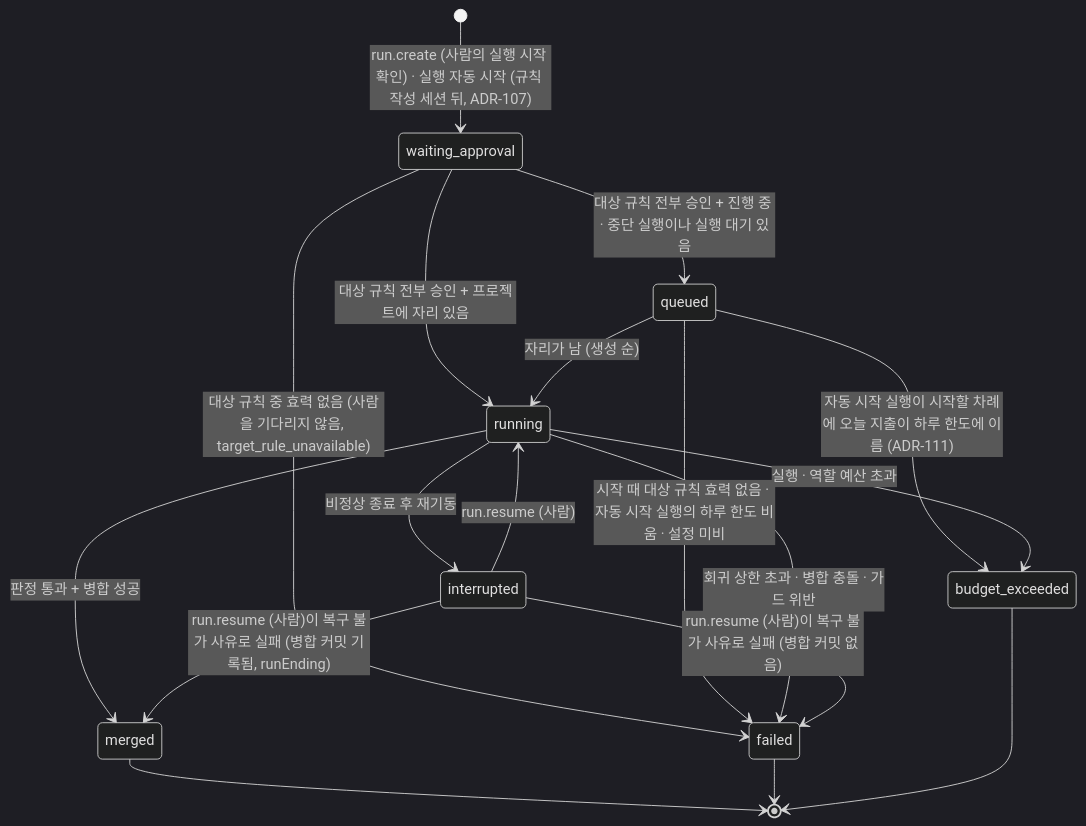
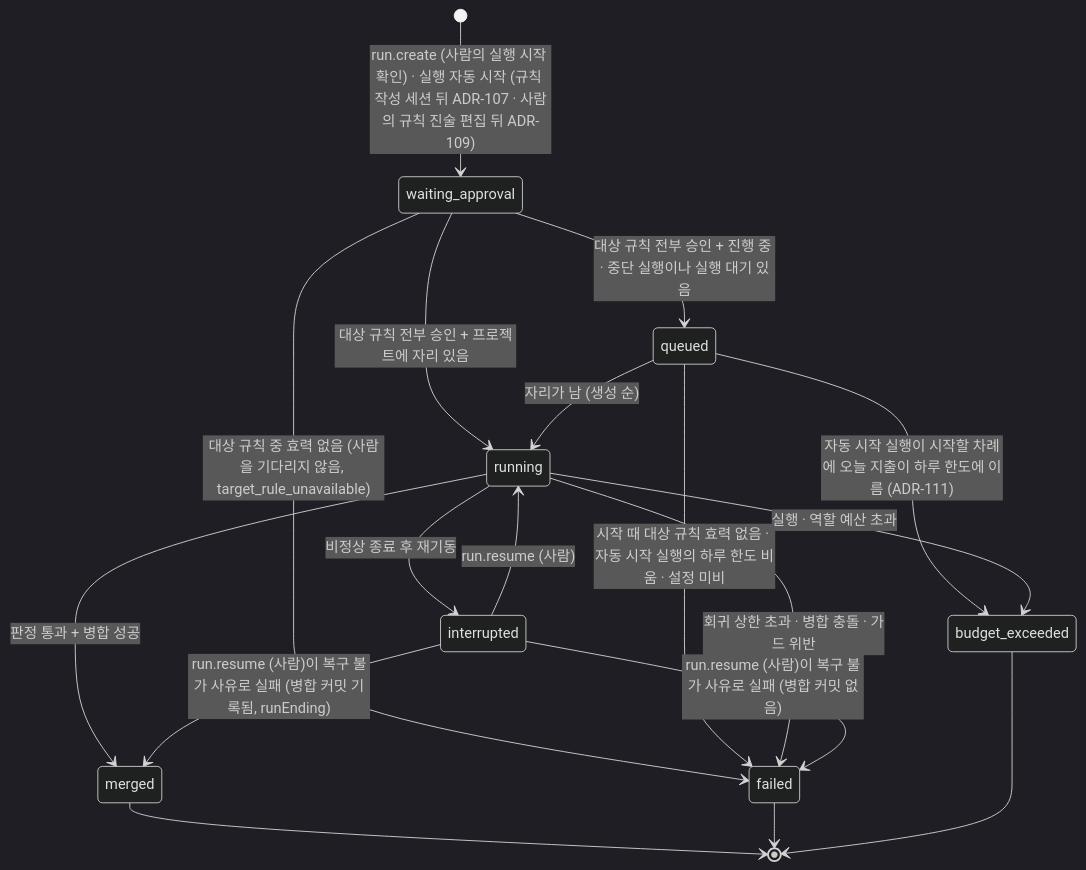
One commit to chanrhan/bive changed the second of 2 diagrams in docs/architecture.md. Above: the diagram before and after it, drawn with Mermaid (dark theme). The commit also changed other lines of this file and 30 other files, not shown here.

````diff
--- a/docs/architecture.md
+++ b/docs/architecture.md
@@ -182,20 +183,20 @@
 ```mermaid
 stateDiagram-v2
-  [*] --> waiting_approval: run.create (사람의 실행 시작 확인) · 실행 자동 시작 (규칙 작성 세션 뒤, ADR-107)
+  [*] --> waiting_approval: run.create (사람의 실행 시작 확인) · 실행 자동 시작 (규칙 작성 세션 뒤 ADR-107 · 사람의 규칙 진술 편집 뒤 ADR-109)
   waiting_approval --> running: 대상 규칙 전부 승인 + 프로젝트에 자리 있음
   waiting_approval --> queued: 대상 규칙 전부 승인 + 진행 중 · 중단 실행이나 실행 대기 있음
   waiting_approval --> failed: 대상 규칙 중 효력 없음 (사람을 기다리지 않음, target_rule_unavailable)
   queued --> running: 자리가 남 (생성 순)
   queued --> failed: 시작 때 대상 규칙 효력 없음 · 자동 시작 실행의 하루 한도 비움 · 설정 미비
   queued --> budget_exceeded: 자동 시작 실행이 시작할 차례에 오늘 지출이 하루 한도에 이름 (ADR-111)
   running --> merged: 판정 통과 + 병합 성공
   running --> failed: 회귀 상한 초과 · 병합 충돌 · 가드 위반
   running --> budget_exceeded: 실행 · 역할 예산 초과
   running --> interrupted: 비정상 종료 후 재기동
   interrupted --> running: run.resume (사람)
   interrupted --> failed: run.resume (사람)이 복구 불가 사유로 실패 (병합 커밋 없음)
   interrupted --> merged: run.resume (사람)이 복구 불가 사유로 실패 (병합 커밋 기록됨, runEnding)
   merged --> [*]
   failed --> [*]
   budget_exceeded --> [*]
 ```
````
